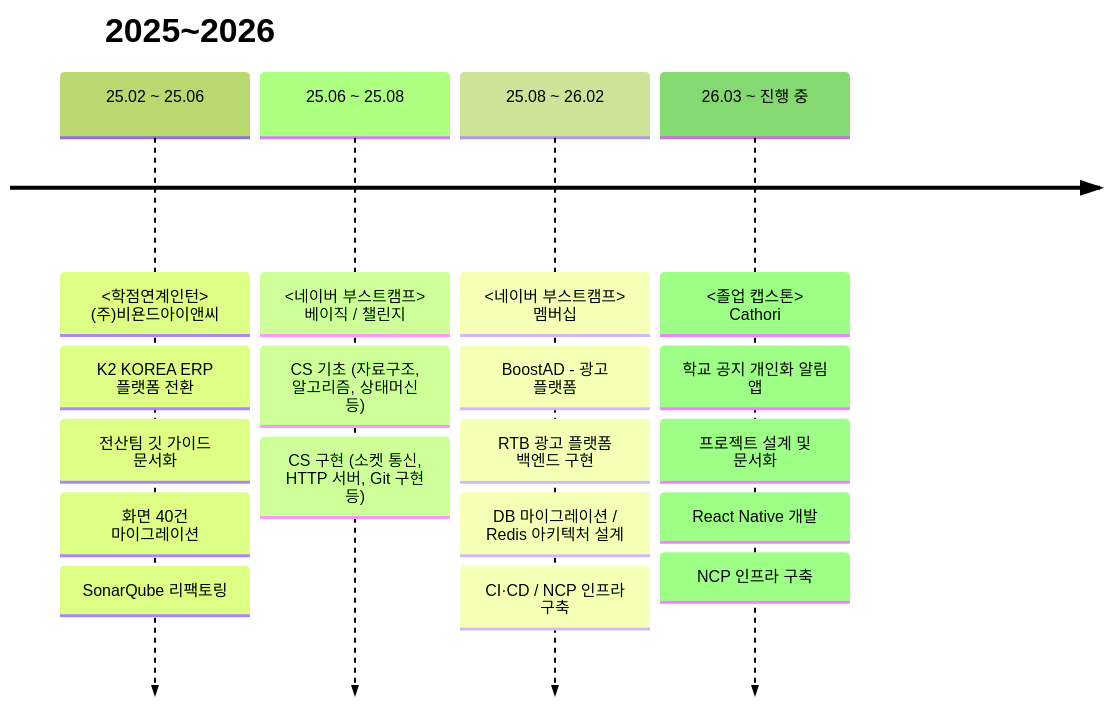
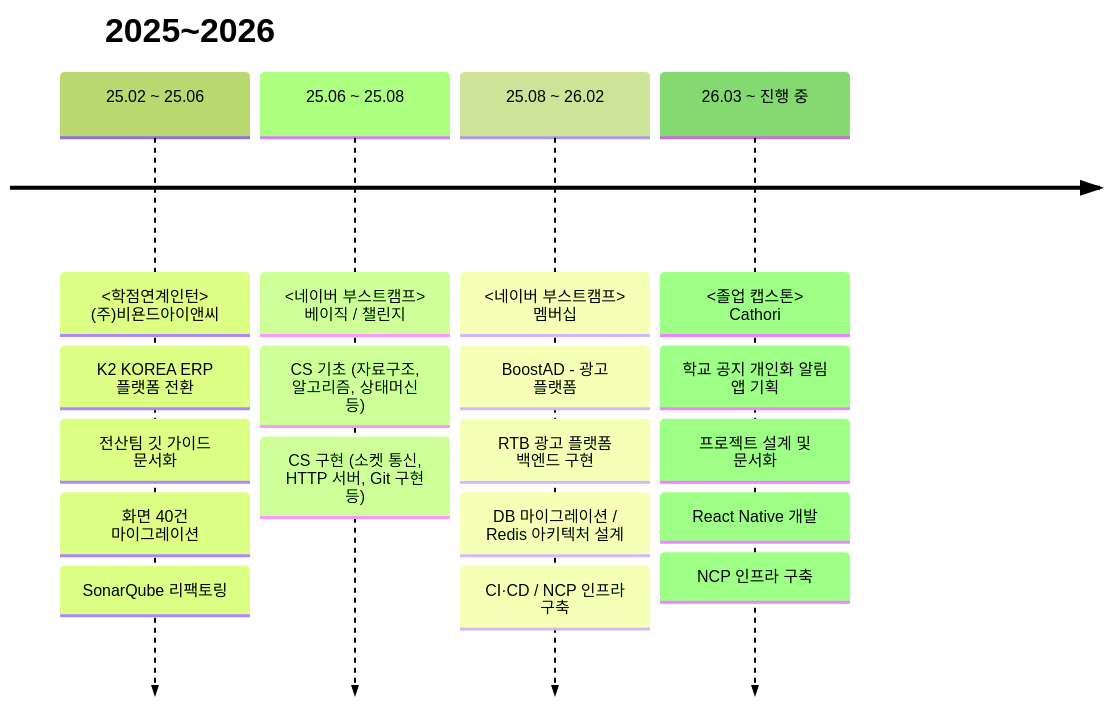
The second of 2 diagrams in README.md (tomass22/tomass22), drawn with Mermaid (forest theme) before and after one commit.

````diff
--- a/README.md
+++ b/README.md
@@ -31,26 +31,26 @@
 ```mermaid
 timeline
     title 2025~2026
     25.02 ~ 25.06
         : <학점연계인턴> (주)비욘드아이앤씨
         : K2 KOREA ERP 플랫폼 전환
         : 전산팀 깃 가이드 문서화
         : 화면 40건 마이그레이션
         : SonarQube 리팩토링
     25.06 ~ 25.08
         : <네이버 부스트캠프> <br> 베이직 / 챌린지
         : CS 기초 (자료구조, 알고리즘, 상태머신 등)
         : CS 구현 (소켓 통신, HTTP 서버, Git 구현 등)
     25.08 ~ 26.02
         : <네이버 부스트캠프> <br> 멤버십
         : BoostAD - 광고 플랫폼
         : RTB 광고 플랫폼 백엔드 구현
         : DB 마이그레이션 / Redis 아키텍처 설계
         : CI·CD / NCP 인프라 구축
     26.03 ~ 진행 중
         : <졸업 캡스톤> <br> Cathori
-        : 학교 공지 개인화 알림 앱
+        : 학교 공지 개인화 알림 앱 기획
         : 프로젝트 설계 및 문서화 
         : React Native 개발
         : NCP 인프라 구축
 ```
````
